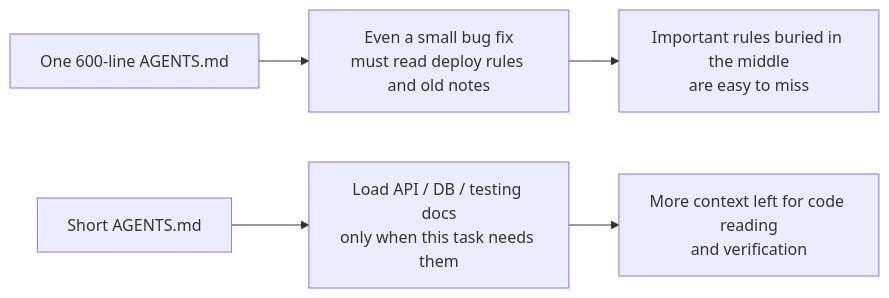
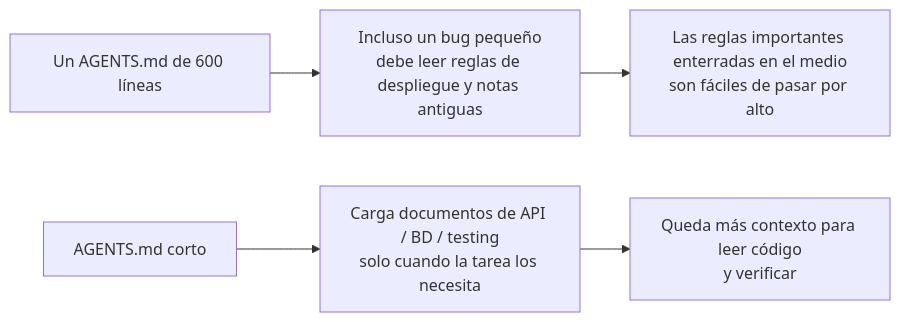
One commit to jordipiella/learn-harness-engineering changed the first of 2 diagrams in docs/es/lectures/lecture-04-why-one-giant-instruction-file-fails/index.md. Above: the diagram before and after it, drawn with Mermaid. The commit also changed other lines of this file and 108 other files, not shown here.

````diff
--- a/docs/es/lectures/lecture-04-why-one-giant-instruction-file-fails/index.md
+++ b/docs/es/lectures/lecture-04-why-one-giant-instruction-file-fails/index.md
@@ -39,8 +39,8 @@
 ```mermaid
 flowchart LR
-    Mono["One 600-line AGENTS.md"] --> MonoLoad["Even a small bug fix<br/>must read deploy rules and old notes"]
-    MonoLoad --> MonoRisk["Important rules buried in the middle<br/>are easy to miss"]
+    Mono["Un AGENTS.md de 600 líneas"] --> MonoLoad["Incluso un bug pequeño<br/>debe leer reglas de despliegue y notas antiguas"]
+    MonoLoad --> MonoRisk["Las reglas importantes enterradas en el medio<br/>son fáciles de pasar por alto"]
 
-    Router["Short AGENTS.md"] --> Topics["Load API / DB / testing docs<br/>only when this task needs them"]
-    Topics --> RoutedResult["More context left for code reading<br/>and verification"]
+    Router["AGENTS.md corto"] --> Topics["Carga documentos de API / BD / testing<br/>solo cuando la tarea los necesita"]
+    Topics --> RoutedResult["Queda más contexto para leer código<br/>y verificar"]
 ```
````
